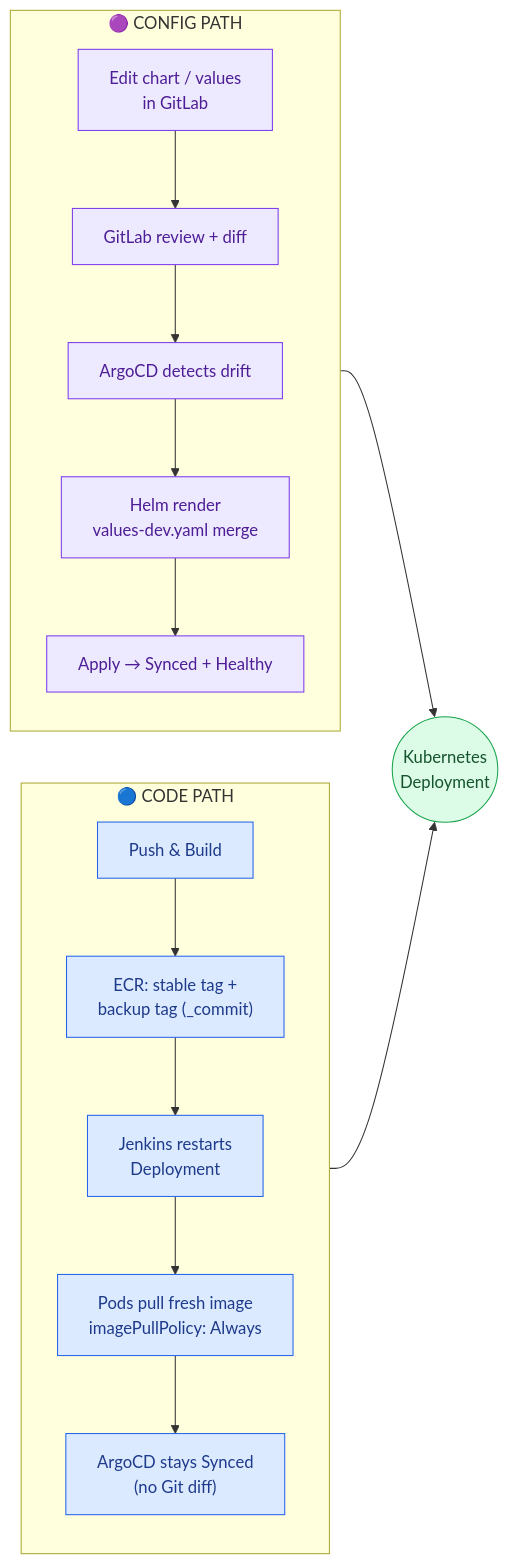
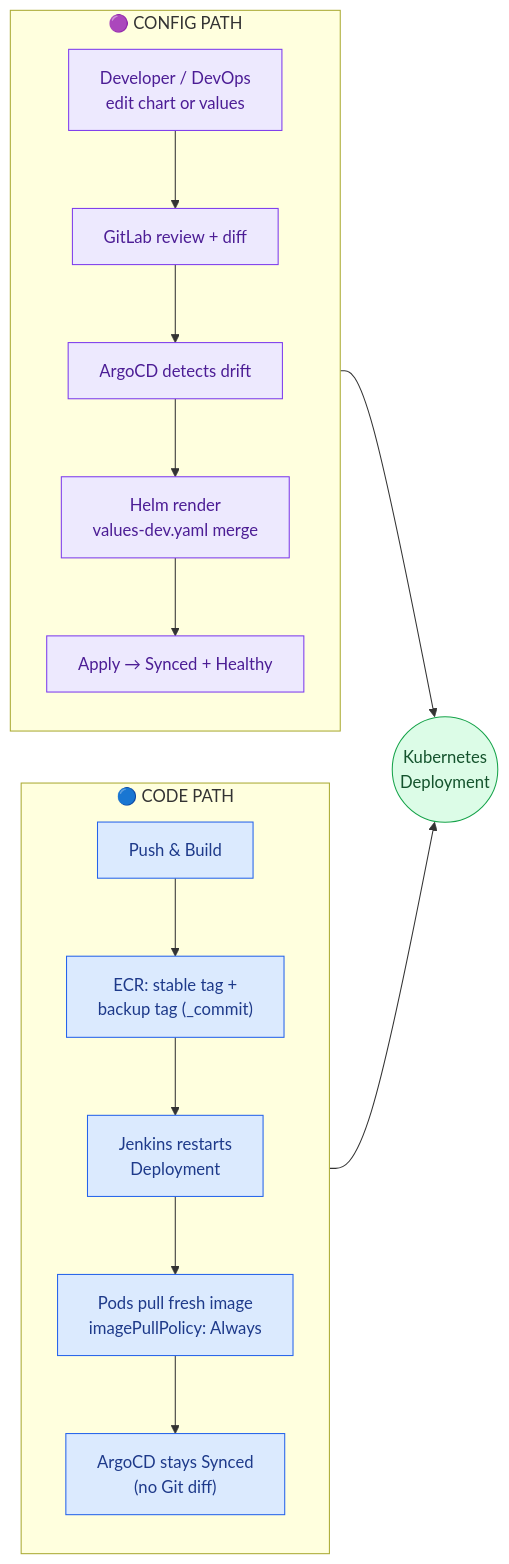
One commit to ashir321/work changed the second of 8 diagrams in SA_Guild_Architecture.md. Above: the diagram before and after it, drawn with Mermaid. The commit also changed other lines of this file and 1 other file, not shown here.

First line of the commit message:
Show Developer and DevOps on Config Delivery path

````diff
--- a/SA_Guild_Architecture.md
+++ b/SA_Guild_Architecture.md
@@ -73,35 +74,35 @@
 ```mermaid
 flowchart LR
     subgraph CODE_PATH["🔵 CODE PATH"]
         direction TB
         C1["Push & Build"]
         C2["ECR: stable tag +<br/>backup tag (_commit)"]
         C3["Jenkins restarts<br/>Deployment"]
         C4["Pods pull fresh image<br/>imagePullPolicy: Always"]
         C5["ArgoCD stays Synced<br/>(no Git diff)"]
         C1 --> C2 --> C3 --> C4 --> C5
     end
 
     subgraph CONFIG_PATH["🟣 CONFIG PATH"]
         direction TB
-        G1["Edit chart / values<br/>in GitLab"]
+        G1["Developer / DevOps<br/>edit chart or values"]
         G2["GitLab review + diff"]
         G3["ArgoCD detects drift"]
         G4["Helm render<br/>values-dev.yaml merge"]
         G5["Apply → Synced + Healthy"]
         G1 --> G2 --> G3 --> G4 --> G5
     end
 
     CONVERGE(("Kubernetes<br/>Deployment"))
 
     C5 --> CONVERGE
     G5 --> CONVERGE
 
     classDef code fill:#dbeafe,stroke:#2563eb,color:#1e3a8a
     classDef config fill:#ede9fe,stroke:#7c3aed,color:#4c1d95
     classDef hub fill:#dcfce7,stroke:#16a34a,color:#14532d
 
     class C1,C2,C3,C4,C5 code
     class G1,G2,G3,G4,G5 config
     class CONVERGE hub
 ```
````
